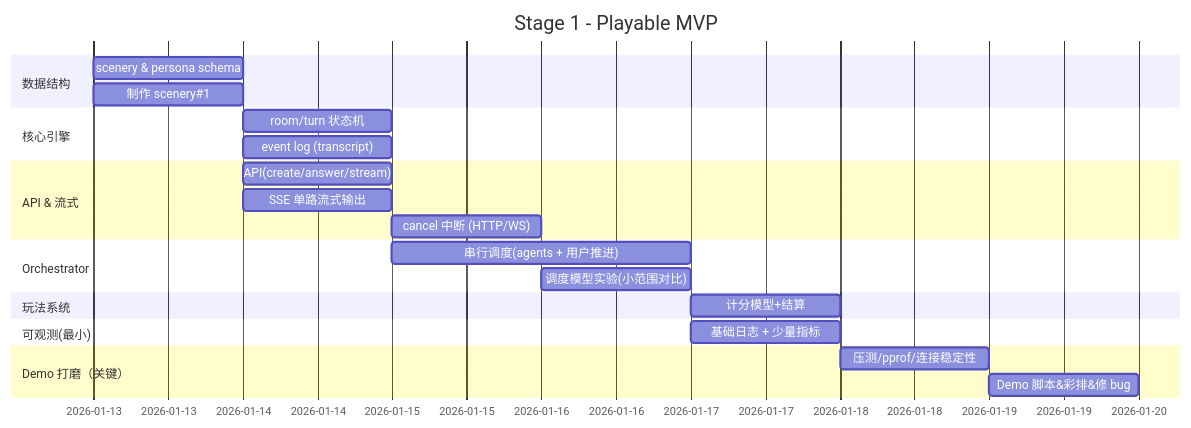
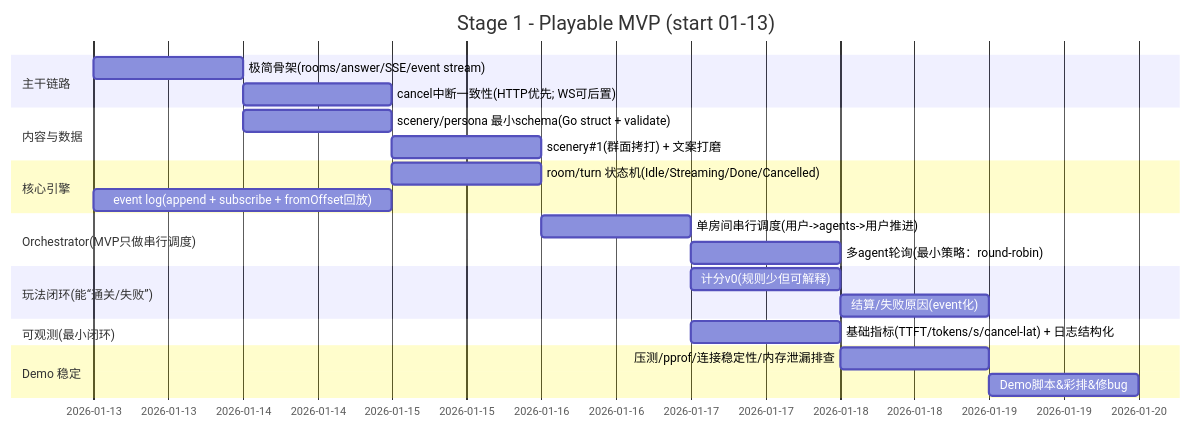
One commit to blacksheepaul/prompt_endgame changed the second of 4 diagrams in README.md. Above: the diagram before and after it, drawn with Mermaid. The commit also changed other lines of this file, not shown here.

````diff
--- a/README.md
+++ b/README.md
@@ -95,33 +101,34 @@
 ```mermaid
 gantt
-    title Stage 1 - Playable MVP
-    dateFormat  MM-DD
+    title Stage 1 - Playable MVP (start 01-13)
+    dateFormat  YYYY-MM-DD
 
-    section 数据结构
-    scenery & persona schema       :a1, 2026-01-13, 1d
-    制作 scenery#1                     :a2, 2026-01-13, 1d
+    section 主干链路
+    极简骨架(rooms/answer/SSE/event stream)      :a1, 2026-01-13, 1d
+    cancel中断一致性(HTTP优先; WS可后置)          :a2, after a1, 1d
+
+    section 内容与数据
+    scenery/persona 最小schema(Go struct + validate) :b1, 2026-01-14, 1d
+    scenery#1(群面拷打) + 文案打磨                   :b2, after b1, 1d
 
     section 核心引擎
-    room/turn 状态机                  :b1, after a2, 1d
-    event log (transcript)             :b2, after a2, 1d
+    room/turn 状态机(Idle/Streaming/Done/Cancelled)  :c1, 2026-01-15, 1d
+    event log(append + subscribe + fromOffset回放)   :c2, 2026-01-13, 2d
 
-    section API & 流式
-    API(create/answer/stream)     :c1, after a2, 1d
-    SSE 单路流式输出                   :c2, after a2, 1d
-    cancel 中断 (HTTP/WS)              :c3, after c2, 1d
+    section Orchestrator(MVP只做串行调度)
+    单房间串行调度(用户->agents->用户推进)            :d1, 2026-01-16, 1d
+    多agent轮询(最小策略：round-robin)               :d2, after d1, 1d
 
-    section Orchestrator
-    串行调度(agents + 用户推进)       :d1, after c2, 2d
-    调度模型实验(小范围对比)           :d2, after c3, 1d
+    section 玩法闭环(能“通关/失败”)
+    计分v0(规则少但可解释)                           :e1, 2026-01-17, 1d
+    结算/失败原因(event化)                            :e2, after e1, 1d
 
-    section 玩法系统
-    计分模型+结算     :e1, after d2, 1d
+    section 可观测(最小闭环)
+    基础指标(TTFT/tokens/s/cancel-lat) + 日志结构化    :f1, 2026-01-17, 1d
 
-    section 可观测(最小)
-    基础日志 + 少量指标                 :f1, after d2, 1d
+    section Demo 稳定
+    压测/pprof/连接稳定性/内存泄漏排查                :g1, 2026-01-18, 1d
+    Demo脚本&彩排&修bug                               :g2, after g1, 1d
 
-    section Demo 打磨（关键）
-    压测/pprof/连接稳定性              :g1, after f1, 1d
-    Demo 脚本&彩排&修 bug              :g2, after g1, 1d
 
 ```
````
